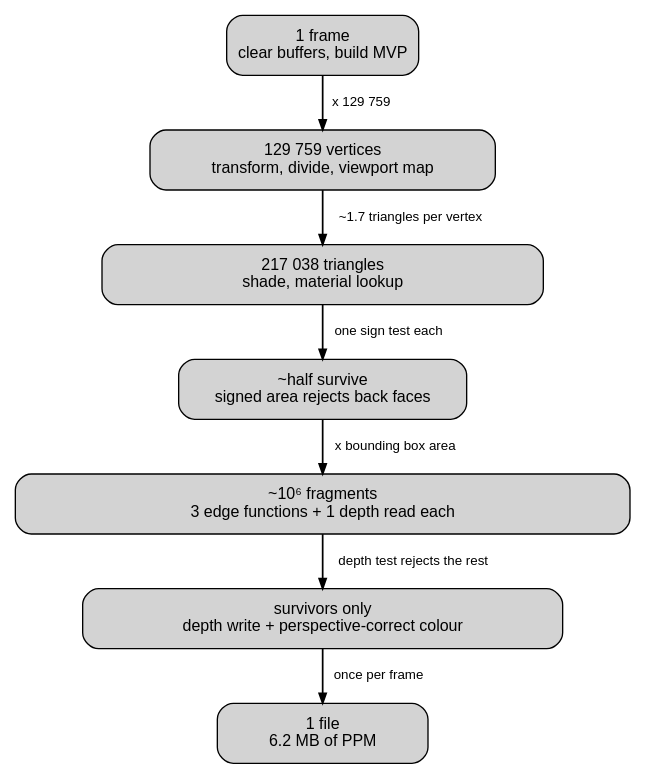
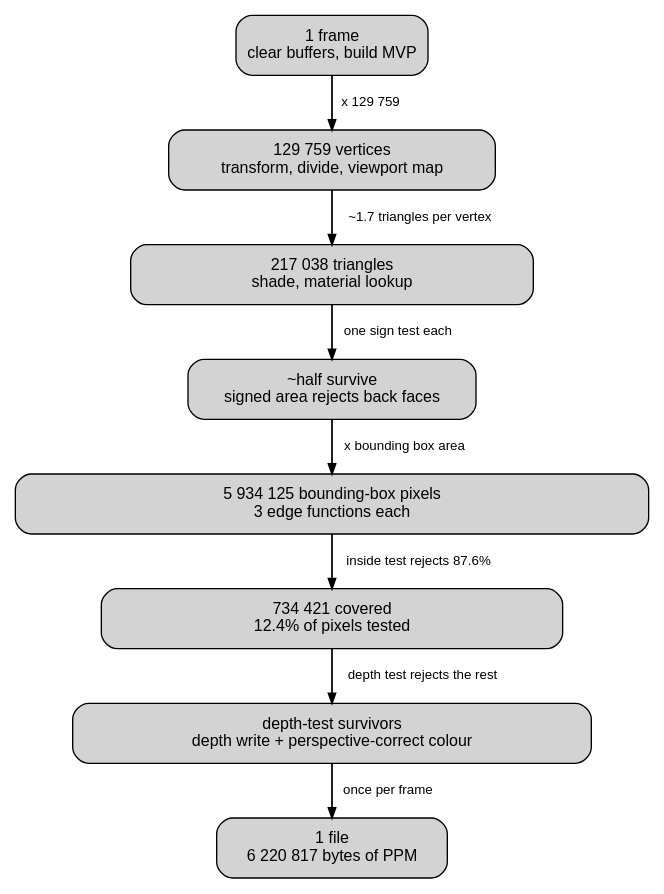
The diagram in Media/Graphs/work_amplification.dot (Hrishikesh-Acharyya/Rasterizer_Simulator), drawn with Graphviz before and after one commit. The commit also changed 11 other files, not shown here.

First line of the commit message:
Make the documentation describe the code that is actually here

```diff
--- a/Media/Graphs/work_amplification.dot
+++ b/Media/Graphs/work_amplification.dot
@@ -1,42 +1,55 @@
 /*
- * How much work each stage does, per frame, for IronMan.obj at 1920x1080.
+ * How much work each stage does, PER FRAME, for IronMan.obj at 1920x1080.
  *
  * The ASCII pipeline in the README says what the stages ARE. This says how far
- * apart they are in cost: four orders of magnitude between one vertex and the
- * fragments it helps cover. Node width is drawn in proportion, so the funnel is
- * visible rather than only stated.
+ * apart they are in cost: from one frame to nearly six million bounding-box
+ * pixel tests. Node width widens down the funnel as a visual cue -- it is set
+ * by hand and is NOT a linear scale, since a bar 5.9 million times the width of
+ * another does not fit on a page. The numbers are the claim; the widths only
+ * make the shape visible at a glance.
+ *
+ * Every count here is MEASURED, not estimated. The triangle, vertex,
+ * bounding-box and covered-fragment figures are the SIG_AREA, SIG_SCREEN,
+ * SIG_EDGE and SIG_BARY histogram totals in stats/, divided by their tallies
+ * per event (2 for SIG_SCREEN, 3 for SIG_EDGE and SIG_BARY) and by the 120
+ * frames of the run. Vertex and triangle counts recovered this way match the
+ * loader's own report exactly, which is what makes the other two trustworthy.
  *
  * Note the narrowing at the cull. Backface rejection is the one place the
  * funnel runs backwards -- a per-triangle sign test that removes roughly half
  * the geometry before any per-pixel work happens. Cheap work placed upstream of
- * expensive work is the whole trade.
+ * expensive work is the whole trade. (The cull rate is the one figure here that
+ * is not measured: ilogb discards sign, so the histograms cannot count how many
+ * areas were negative.)
  *
  * That spread is the architectural argument. Work at the narrow end is worth
  * doing carefully once per vertex; work at the wide end has to be cheap,
  * uniform and parallel, which is the shape of fixed-function hardware.
  *
  * Rendered to PNG by `make graphs`.
  */
 digraph work_amplification {
     rankdir = TB;
     ranksep = 0.40;
     fontname = "Helvetica";
     node [shape=box, style="filled,rounded", fontname="Helvetica", fontsize=12,
           fixedsize=true, height=0.62];
     edge [arrowsize=0.75, penwidth=1.3, fontname="Helvetica", fontsize=10];
 
-    frame     [label="1 frame\nclear buffers, build MVP",                 width=2.0];
-    vertex    [label="129 759 vertices\ntransform, divide, viewport map", width=3.6];
-    triangle  [label="217 038 triangles\nshade, material lookup",         width=4.6];
-    culled    [label="~half survive\nsigned area rejects back faces",   width=3.0];
-    fragment  [label="~10⁶ fragments\n3 edge functions + 1 depth read each", width=6.4];
-    survivor  [label="survivors only\ndepth write + perspective-correct colour", width=5.0];
-    output    [label="1 file\n6.2 MB of PPM",                           width=2.2];
+    frame     [label="1 frame\nclear buffers, build MVP",                    width=2.0];
+    vertex    [label="129 759 vertices\ntransform, divide, viewport map",    width=3.4];
+    triangle  [label="217 038 triangles\nshade, material lookup",            width=4.2];
+    culled    [label="~half survive\nsigned area rejects back faces",        width=3.0];
+    fragment  [label="5 934 125 bounding-box pixels\n3 edge functions each", width=6.6];
+    covered   [label="734 421 covered\n12.4% of pixels tested",              width=4.8];
+    survivor  [label="depth-test survivors\ndepth write + perspective-correct colour", width=5.4];
+    output    [label="1 file\n6 220 817 bytes of PPM",                       width=2.4];
 
     frame    -> vertex   [label="  x 129 759"];
     vertex   -> triangle [label="  ~1.7 triangles per vertex"];
     triangle -> culled   [label="  one sign test each"];
     culled   -> fragment [label="  x bounding box area"];
-    fragment -> survivor [label="  depth test rejects the rest"];
+    fragment -> covered  [label="  inside test rejects 87.6%"];
+    covered  -> survivor [label="  depth test rejects the rest"];
     survivor -> output   [label="  once per frame"];
 }
```
